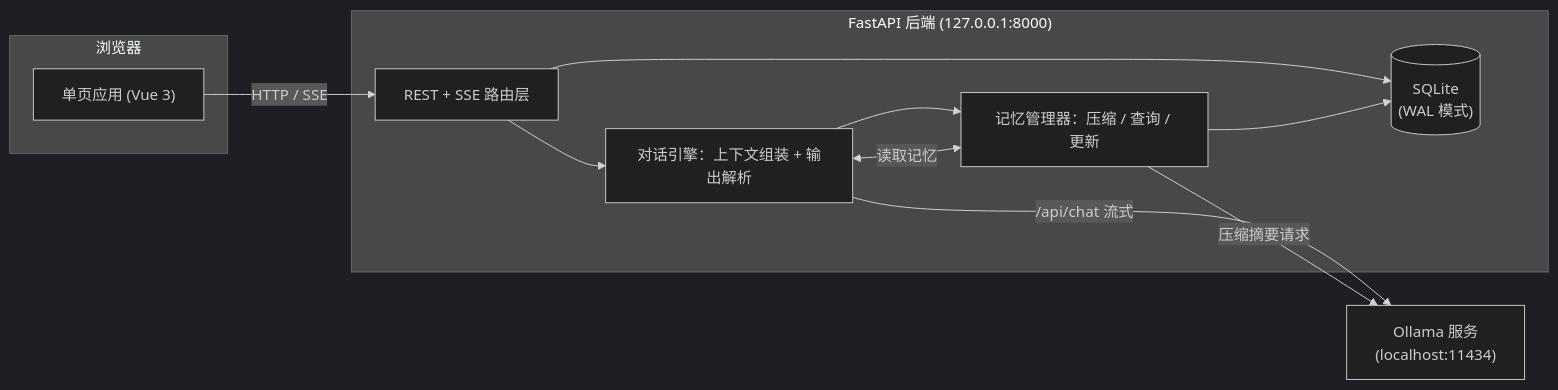
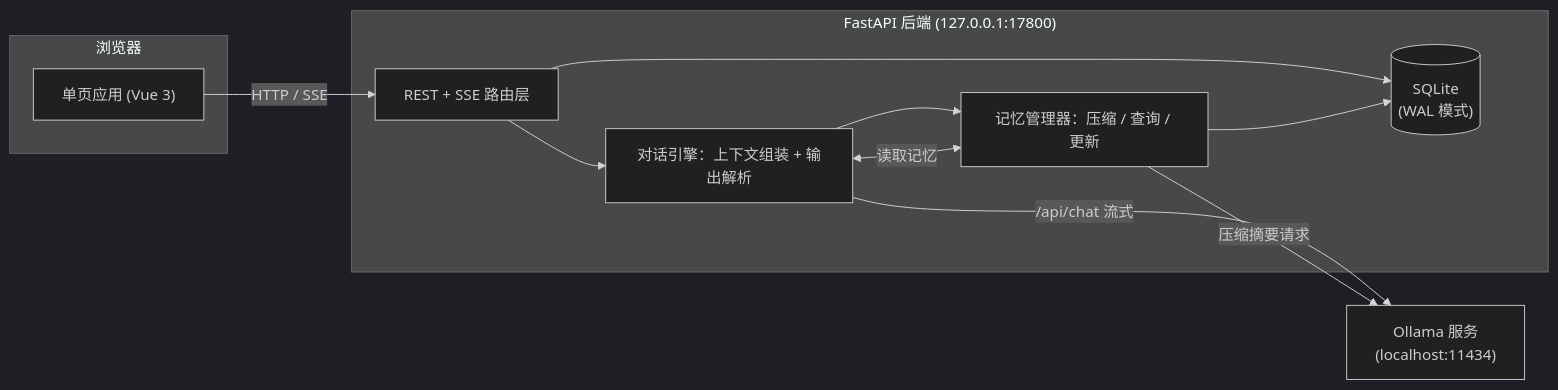
Before and after one commit to camoilo/wonder-realm: the first of 2 diagrams in DEVELOPMENT.md, drawn with Mermaid (dark theme). The commit also changed other lines of this file and 6 other files, not shown here.

````diff
--- a/DEVELOPMENT.md
+++ b/DEVELOPMENT.md
@@ -131,22 +131,22 @@
 ```mermaid
 flowchart LR
     subgraph Browser["浏览器"]
         UI["单页应用 (Vue 3)"]
     end
-    subgraph Backend["FastAPI 后端 (127.0.0.1:8000)"]
+    subgraph Backend["FastAPI 后端 (127.0.0.1:17800)"]
         ROUTES["REST + SSE 路由层"]
         ENGINE["对话引擎：上下文组装 + 输出解析"]
         MEMMGR["记忆管理器：压缩 / 查询 / 更新"]
         DB[("SQLite\n(WAL 模式)")]
     end
     OLLAMA["Ollama 服务\n(localhost:11434)"]
 
     UI -->|"HTTP / SSE"| ROUTES
     ROUTES --> ENGINE
     ROUTES --> DB
     ENGINE --> MEMMGR
     ENGINE <-->|"读取记忆"| MEMMGR
     MEMMGR --> DB
     ENGINE -->|"/api/chat 流式"| OLLAMA
     MEMMGR -->|"压缩摘要请求"| OLLAMA
 ```
````
